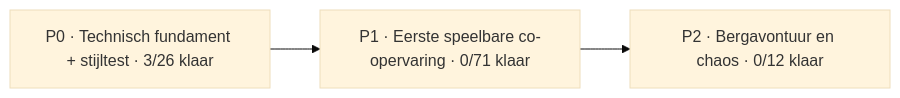
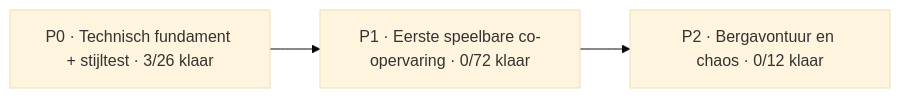
One commit to mlemson/conductor-chaos changed the diagram in Docs/PROJECT_BOARD.md. Above: the diagram before and after it, drawn with Mermaid (base theme). The commit also changed other lines of this file, not shown here.

````diff
--- a/Docs/PROJECT_BOARD.md
+++ b/Docs/PROJECT_BOARD.md
@@ -13,7 +13,7 @@
 ```mermaid
 flowchart LR
     P0["P0 · Technisch fundament + stijltest · 3/26 klaar"]
-    P1["P1 · Eerste speelbare co-opervaring · 0/71 klaar"]
+    P1["P1 · Eerste speelbare co-opervaring · 0/72 klaar"]
     P2["P2 · Bergavontuur en chaos · 0/12 klaar"]
     P0 --> P1 --> P2
 ```
````
